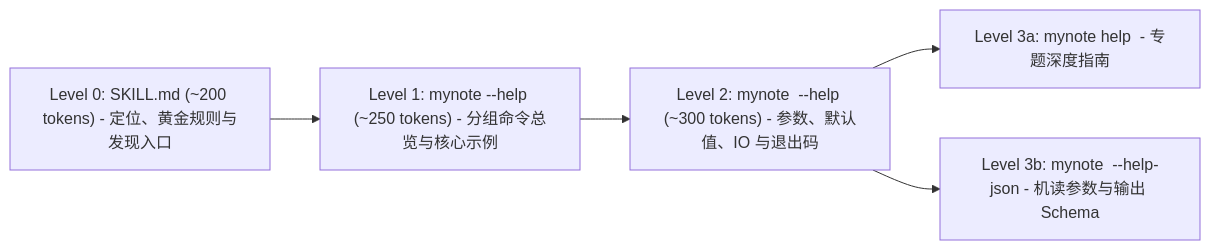
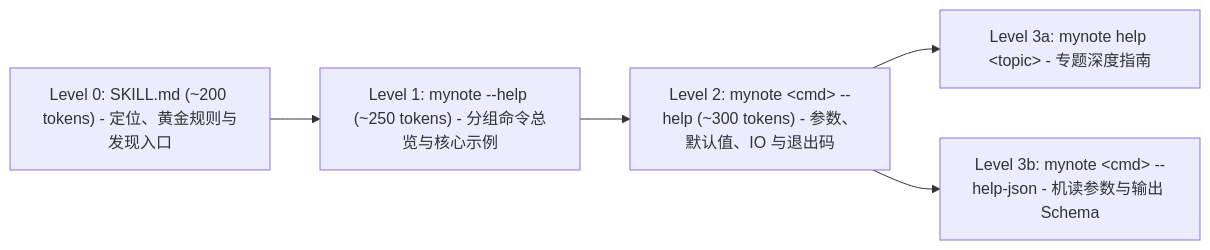
The sixth of 7 diagrams in docs/architecture-proposal.md (gray0128/my-note), drawn with Mermaid before and after one commit. The commit also changed other lines of this file and 14 other files, not shown here.

````diff
--- a/docs/architecture-proposal.md
+++ b/docs/architecture-proposal.md
@@ -481,7 +534,7 @@
 ```mermaid
 flowchart LR
     L0["Level 0: SKILL.md (~200 tokens) - 定位、黄金规则与发现入口"] --> L1["Level 1: mynote --help (~250 tokens) - 分组命令总览与核心示例"]
-    L1 --> L2["Level 2: mynote <cmd> --help (~300 tokens) - 参数、默认值、IO 与退出码"]
-    L2 --> L3A["Level 3a: mynote help <topic> - 专题深度指南"]
-    L2 --> L3B["Level 3b: mynote <cmd> --help-json - 机读参数与输出 Schema"]
+    L1 --> L2["Level 2: mynote #lt;cmd#gt; --help (~300 tokens) - 参数、默认值、IO 与退出码"]
+    L2 --> L3A["Level 3a: mynote help #lt;topic#gt; - 专题深度指南"]
+    L2 --> L3B["Level 3b: mynote #lt;cmd#gt; --help-json - 机读参数与输出 Schema"]
 ```
````
